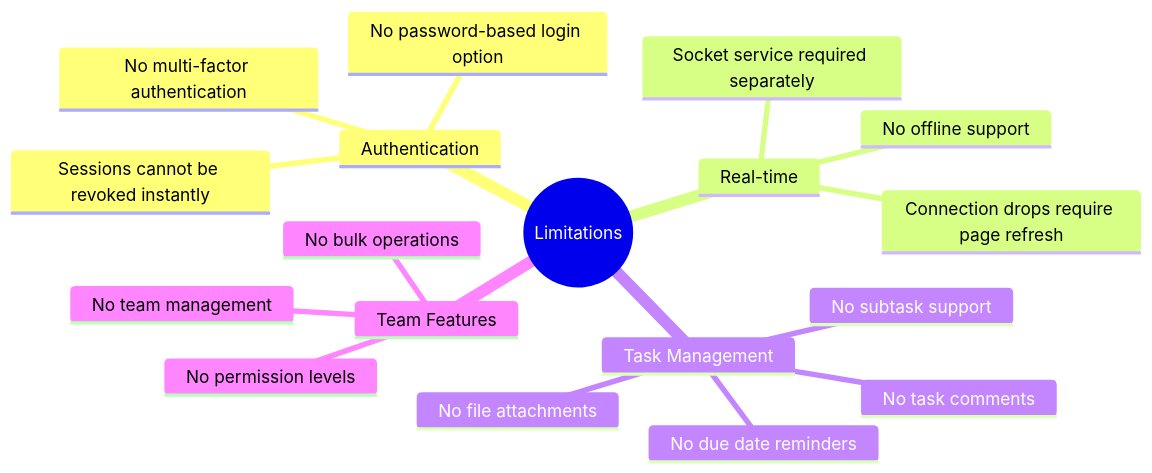
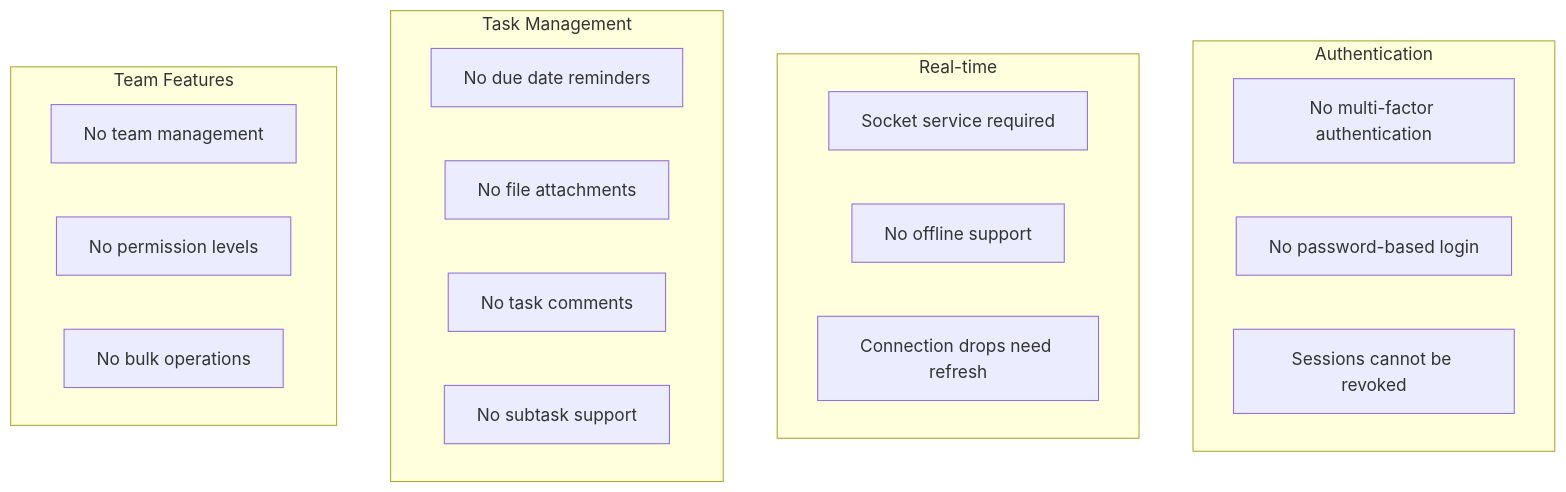
One commit to anshsharmacse/Real-time-Collaborative-Task-Manager changed diagram 37 of 39 in README.md. Above: the diagram before and after it, drawn with Mermaid. The commit also changed other lines of this file, not shown here.

````diff
--- a/README.md
+++ b/README.md
@@ -1246,21 +1631,27 @@
 ```mermaid
-mindmap
-  root((Limitations))
-    Authentication
-      No multi-factor authentication
-      No password-based login option
-      Sessions cannot be revoked instantly
-    Real-time
-      Socket service required separately
-      No offline support
-      Connection drops require page refresh
-    Task Management
-      No due date reminders
-      No file attachments
-      No task comments
-      No subtask support
-    Team Features
-      No team management
-      No permission levels
-      No bulk operations
+flowchart TD
+    subgraph Authentication
+        A1[No multi-factor authentication]
+        A2[No password-based login]
+        A3[Sessions cannot be revoked]
+    end
+    
+    subgraph Real-time
+        R1[Socket service required]
+        R2[No offline support]
+        R3[Connection drops need refresh]
+    end
+    
+    subgraph Task Management
+        T1[No due date reminders]
+        T2[No file attachments]
+        T3[No task comments]
+        T4[No subtask support]
+    end
+    
+    subgraph Team Features
+        F1[No team management]
+        F2[No permission levels]
+        F3[No bulk operations]
+    end
 ```
````
